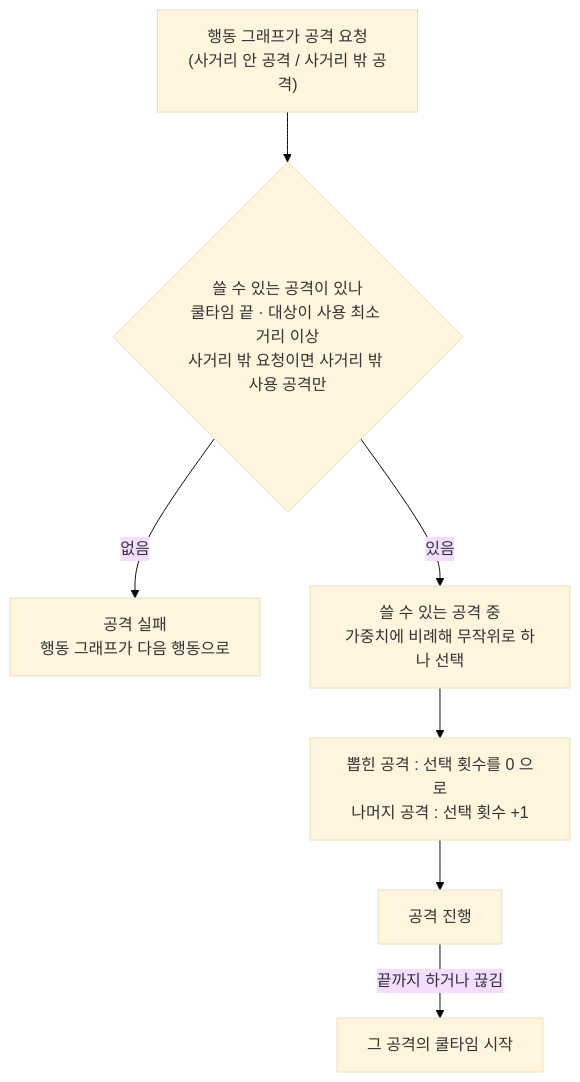
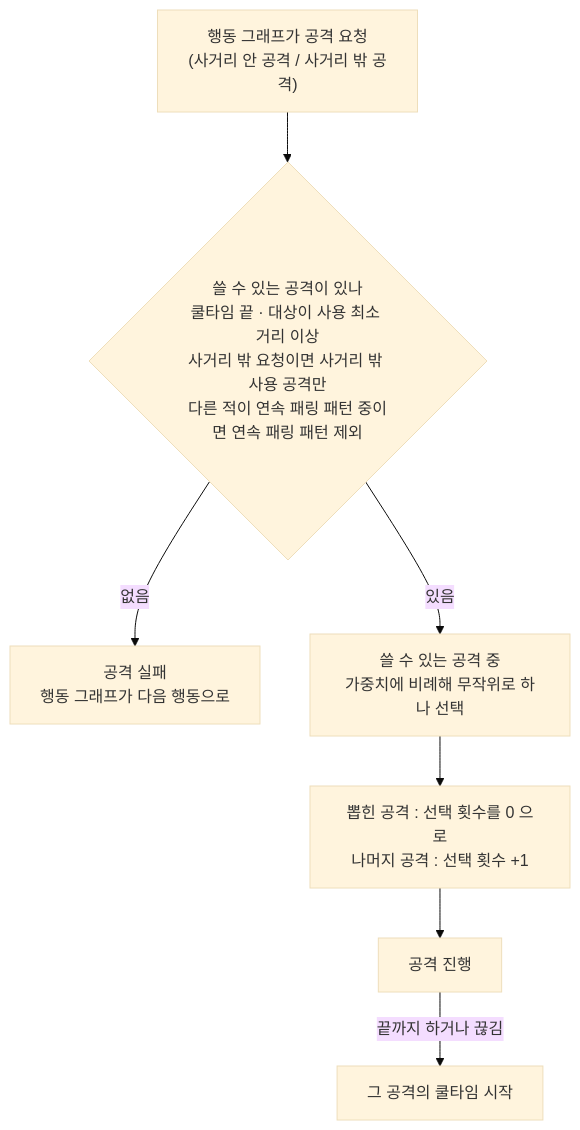
The first of 4 diagrams in Docs/Technical/Enemy/EnemyAttack.md (SquashPrince/Develrocket_mp15_HHH), drawn with Mermaid (base theme) before and after one commit. The commit also changed other lines of this file and 24 other files, not shown here.

````diff
--- a/Docs/Technical/Enemy/EnemyAttack.md
+++ b/Docs/Technical/Enemy/EnemyAttack.md
@@ -24,9 +24,9 @@
 ```mermaid
 flowchart TD
-    A["행동 그래프가 공격 요청<br>(사거리 안 공격 / 사거리 밖 공격)"] --> C{"쓸 수 있는 공격이 있나<br>쿨타임 끝 · 대상이 사용 최소 거리 이상<br>사거리 밖 요청이면 사거리 밖 사용 공격만"}
+    A["행동 그래프가 공격 요청<br>(사거리 안 공격 / 사거리 밖 공격)"] --> C{"쓸 수 있는 공격이 있나<br>쿨타임 끝 · 대상이 사용 최소 거리 이상<br>사거리 밖 요청이면 사거리 밖 사용 공격만<br>다른 적이 연속 패링 패턴 중이면 연속 패링 패턴 제외"}
     C -->|"없음"| F["공격 실패<br>행동 그래프가 다음 행동으로"]
     C -->|"있음"| W["쓸 수 있는 공격 중<br>가중치에 비례해 무작위로 하나 선택"]
     W --> U["뽑힌 공격 : 선택 횟수를 0 으로<br>나머지 공격 : 선택 횟수 +1"]
     U --> P["공격 진행"]
     P -->|"끝까지 하거나 끊김"| CD["그 공격의 쿨타임 시작"]
 ```
````
